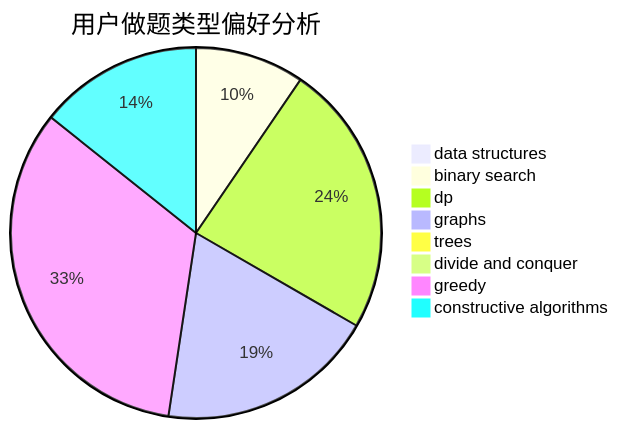
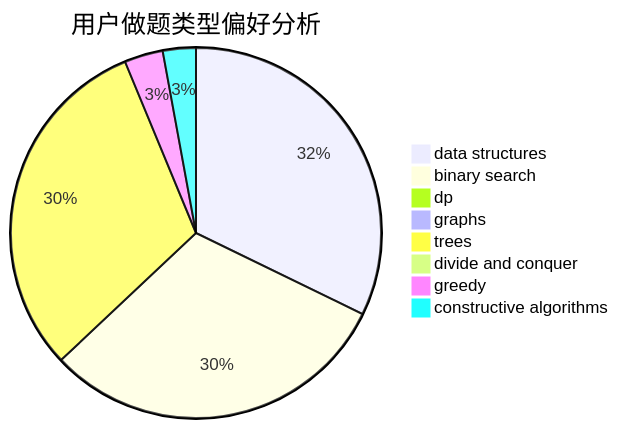
Before and after one commit to sherpahu/cfrs.github.io: the second of 3 diagrams in docs/user/u1060.md, drawn with Mermaid. The commit also changed other lines of this file and 2770 other files, not shown here.

````diff
--- a/docs/user/u1060.md
+++ b/docs/user/u1060.md
@@ -23,11 +23,11 @@
 ```mermaid
 pie title 用户做题类型偏好分析
-    "data structures" :  0
-    "binary search" :  2
-    "dp" :  5
-    "graphs" :  4
-    "trees" :  0
+    "data structures" :  67
+    "binary search" :  64
+    "dp" :  0
+    "graphs" :  2
+    "trees" :  64
     "divide and conquer" :  0
     "greedy" :  7
-    "constructive algorithms" :  3
+    "constructive algorithms" :  6
 ```
````
